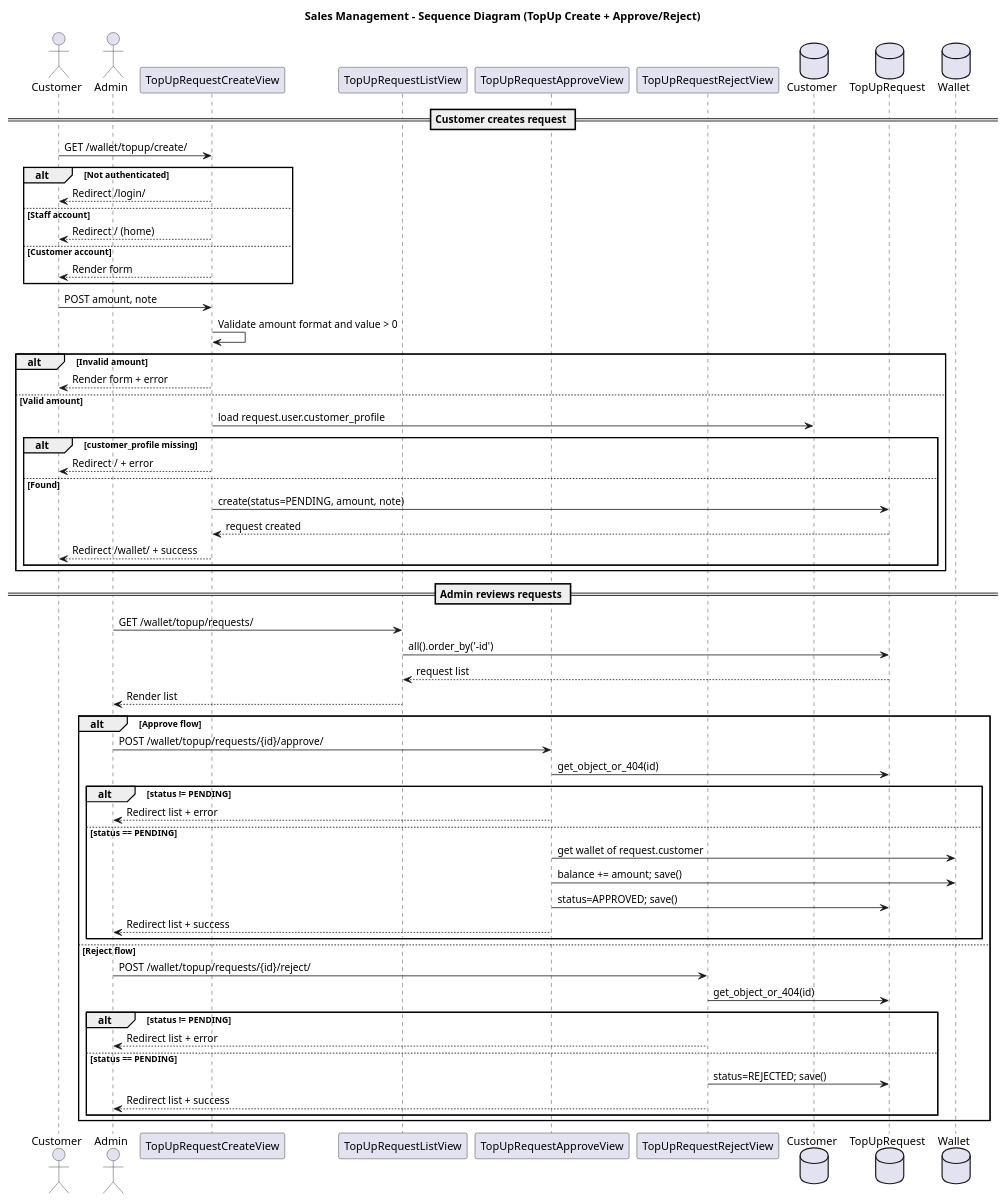
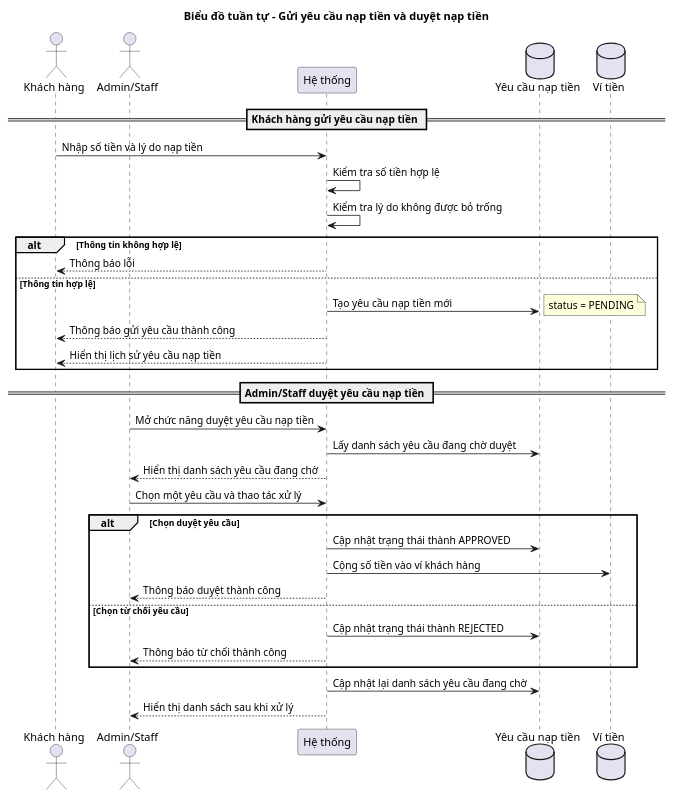
The diagram in UML/sequence_diagram_topup_approve.puml (ducAnhNotEm/Quan_ly_ban_hang), drawn with PlantUML before and after one commit. The commit also changed 28 other files, not shown here.

Commit message:
feat: simplify flows, update UMLs, cleanup imports, and fix cart-add redirect

```diff
--- a/UML/sequence_diagram_topup_approve.puml
+++ b/UML/sequence_diagram_topup_approve.puml
@@ -1,67 +1,47 @@
 @startuml
-title Sales Management - Sequence Diagram (TopUp Create + Approve/Reject)
+title Biểu đồ tuần tự - Gửi yêu cầu nạp tiền và duyệt nạp tiền
 
-actor Customer
-actor Admin
-participant "TopUpRequestCreateView" as CreateView
-participant "TopUpRequestListView" as ListView
-participant "TopUpRequestApproveView" as ApproveView
-participant "TopUpRequestRejectView" as RejectView
-database "Customer" as CustomerDB
-database "TopUpRequest" as TopUpDB
-database "Wallet" as WalletDB
+actor "Khách hàng" as Customer
+actor "Admin/Staff" as Admin
+participant "Hệ thống" as System
+database "Yêu cầu nạp tiền" as TopUpDB
+database "Ví tiền" as WalletDB
 
-== Customer creates request ==
-Customer -> CreateView: GET /wallet/topup/create/
-alt Not authenticated
-  CreateView --> Customer: Redirect /login/
-else Staff account
-  CreateView --> Customer: Redirect / (home)
-else Customer account
-  CreateView --> Customer: Render form
+== Khách hàng gửi yêu cầu nạp tiền ==
+
+Customer -> System: Nhập số tiền và lý do nạp tiền
+System -> System: Kiểm tra số tiền hợp lệ
+System -> System: Kiểm tra lý do không được bỏ trống
+
+alt Thông tin không hợp lệ
+    System --> Customer: Thông báo lỗi
+else Thông tin hợp lệ
+    System -> TopUpDB: Tạo yêu cầu nạp tiền mới
+    note right
+      status = PENDING
+    end note
+    System --> Customer: Thông báo gửi yêu cầu thành công
+    System --> Customer: Hiển thị lịch sử yêu cầu nạp tiền
 end
 
-Customer -> CreateView: POST amount, note
-CreateView -> CreateView: Validate amount format and value > 0
-alt Invalid amount
-  CreateView --> Customer: Render form + error
-else Valid amount
-  CreateView -> CustomerDB: load request.user.customer_profile
-  alt customer_profile missing
-    CreateView --> Customer: Redirect / + error
-  else Found
-    CreateView -> TopUpDB: create(status=PENDING, amount, note)
-    TopUpDB --> CreateView: request created
-    CreateView --> Customer: Redirect /wallet/ + success
-  end
+
+== Admin/Staff duyệt yêu cầu nạp tiền ==
+
+Admin -> System: Mở chức năng duyệt yêu cầu nạp tiền
+System -> TopUpDB: Lấy danh sách yêu cầu đang chờ duyệt
+System --> Admin: Hiển thị danh sách yêu cầu đang chờ
+
+Admin -> System: Chọn một yêu cầu và thao tác xử lý
+
+alt Chọn duyệt yêu cầu
+    System -> TopUpDB: Cập nhật trạng thái thành APPROVED
+    System -> WalletDB: Cộng số tiền vào ví khách hàng
+    System --> Admin: Thông báo duyệt thành công
+else Chọn từ chối yêu cầu
+    System -> TopUpDB: Cập nhật trạng thái thành REJECTED
+    System --> Admin: Thông báo từ chối thành công
 end
 
-== Admin reviews requests ==
-Admin -> ListView: GET /wallet/topup/requests/
-ListView -> TopUpDB: all().order_by('-id')
-TopUpDB --> ListView: request list
-ListView --> Admin: Render list
-
-alt Approve flow
-  Admin -> ApproveView: POST /wallet/topup/requests/{id}/approve/
-  ApproveView -> TopUpDB: get_object_or_404(id)
-  alt status != PENDING
-    ApproveView --> Admin: Redirect list + error
-  else status == PENDING
-    ApproveView -> WalletDB: get wallet of request.customer
-    ApproveView -> WalletDB: balance += amount; save()
-    ApproveView -> TopUpDB: status=APPROVED; save()
-    ApproveView --> Admin: Redirect list + success
-  end
-else Reject flow
-  Admin -> RejectView: POST /wallet/topup/requests/{id}/reject/
-  RejectView -> TopUpDB: get_object_or_404(id)
-  alt status != PENDING
-    RejectView --> Admin: Redirect list + error
-  else status == PENDING
-    RejectView -> TopUpDB: status=REJECTED; save()
-    RejectView --> Admin: Redirect list + success
-  end
-end
-
+System -> TopUpDB: Cập nhật lại danh sách yêu cầu đang chờ
+System --> Admin: Hiển thị danh sách sau khi xử lý
 @enduml
```
